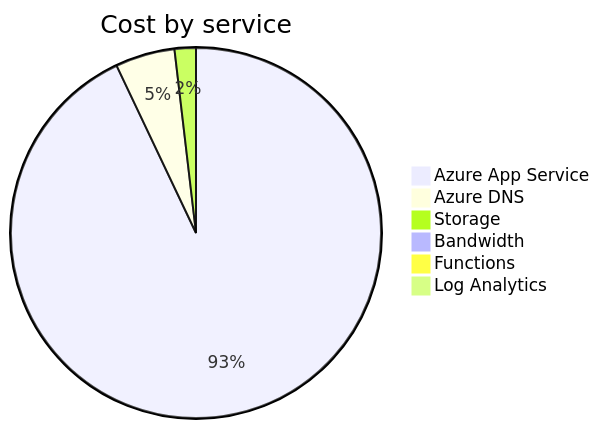
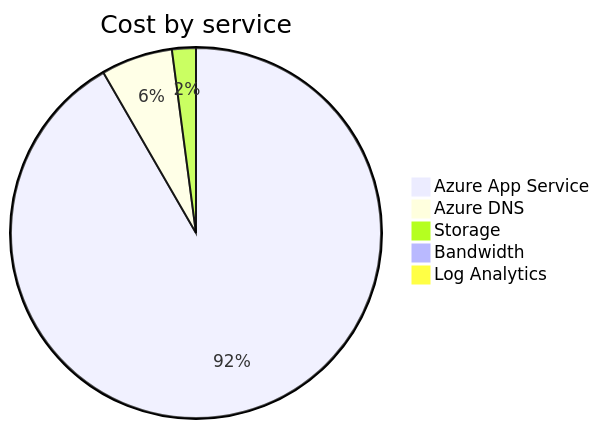
Before and after one commit to jpfulton/azure-personal-reports: the second of 4 diagrams in cost-reports/accumulated-cost.md, drawn with Mermaid. The commit also changed other lines of this file and 4 other files, not shown here.

````diff
--- a/cost-reports/accumulated-cost.md
+++ b/cost-reports/accumulated-cost.md
@@ -98,10 +99,9 @@
 ```mermaid
 pie
    title Cost by service
-   "Azure App Service" : 17.01
-   "Azure DNS" : 0.95
-   "Storage" : 0.34
+   "Azure App Service" : 0.44
+   "Azure DNS" : 0.03
+   "Storage" : 0.01
    "Bandwidth" : 0.00
-   "Functions" : 0.00
    "Log Analytics" : 0.00
 ```
````
